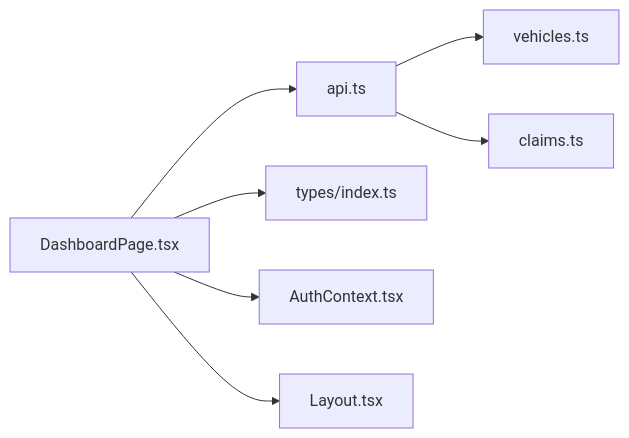
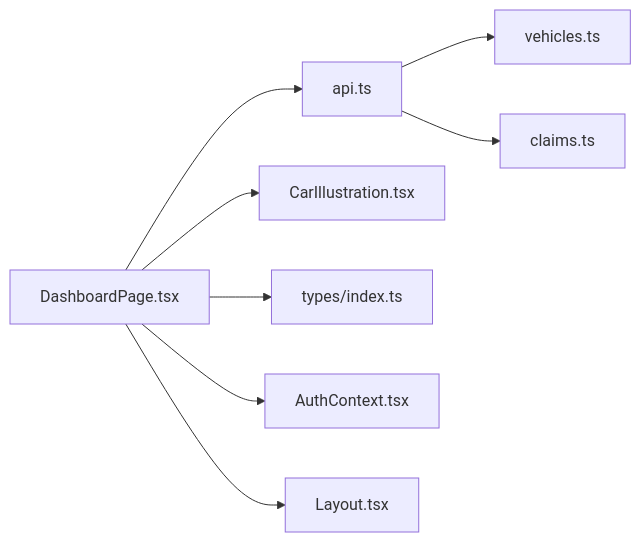
One commit to NaveenHiranya/Smart-Vehicle-Insurance-Claim-System changed the seventh of 7 diagrams in .qoder/repowiki/en/content/Frontend Documentation/Pages and Views/User Pages/Dashboard Page.md. Above: the diagram before and after it, drawn with Mermaid. The commit also changed other lines of this file and 31 other files, not shown here.

````diff
--- a/.qoder/repowiki/en/content/Frontend Documentation/Pages and Views/User Pages/Dashboard Page.md
+++ b/.qoder/repowiki/en/content/Frontend Documentation/Pages and Views/User Pages/Dashboard Page.md
@@ -280,9 +341,10 @@
 ```mermaid
 graph LR
 DP["DashboardPage.tsx"] --> API["api.ts"]
+DP --> CI["CarIllustration.tsx"]
 DP --> TYPES["types/index.ts"]
 DP --> AUTH["AuthContext.tsx"]
 DP --> LAYOUT["Layout.tsx"]
 API --> VRT["vehicles.ts"]
 API --> CRT["claims.ts"]
 ```
````
